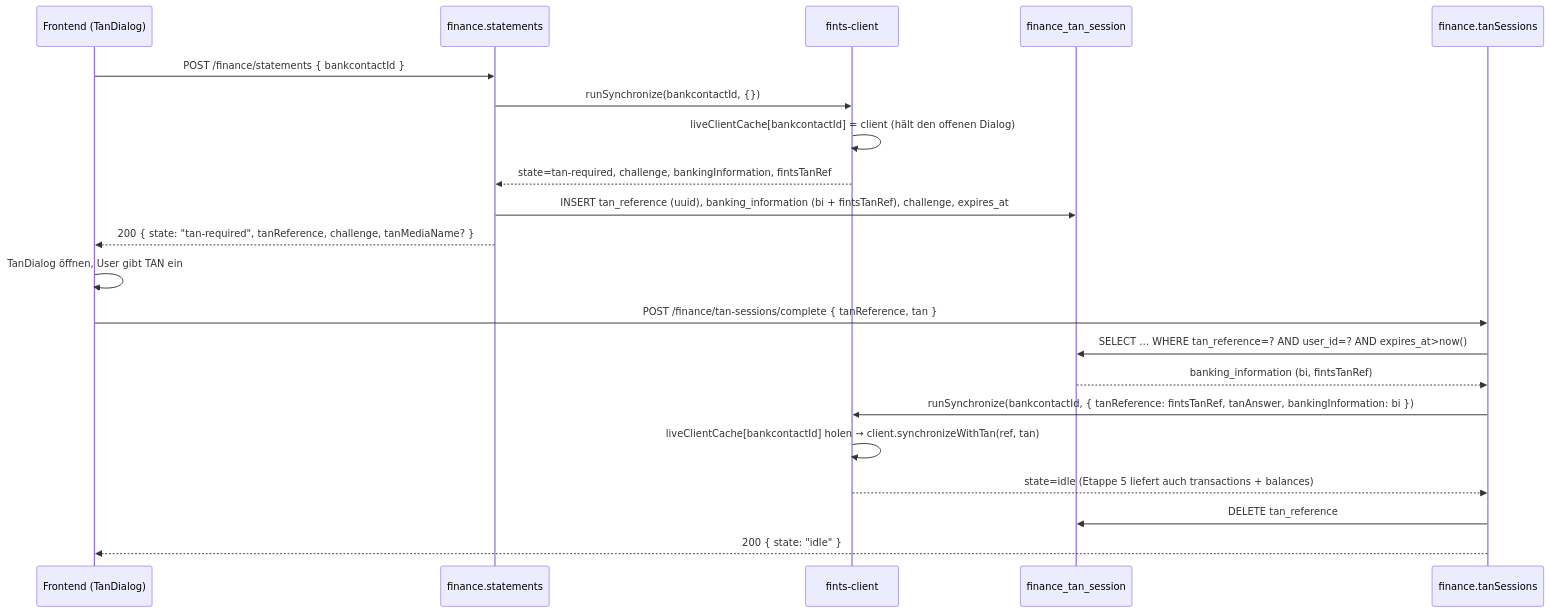
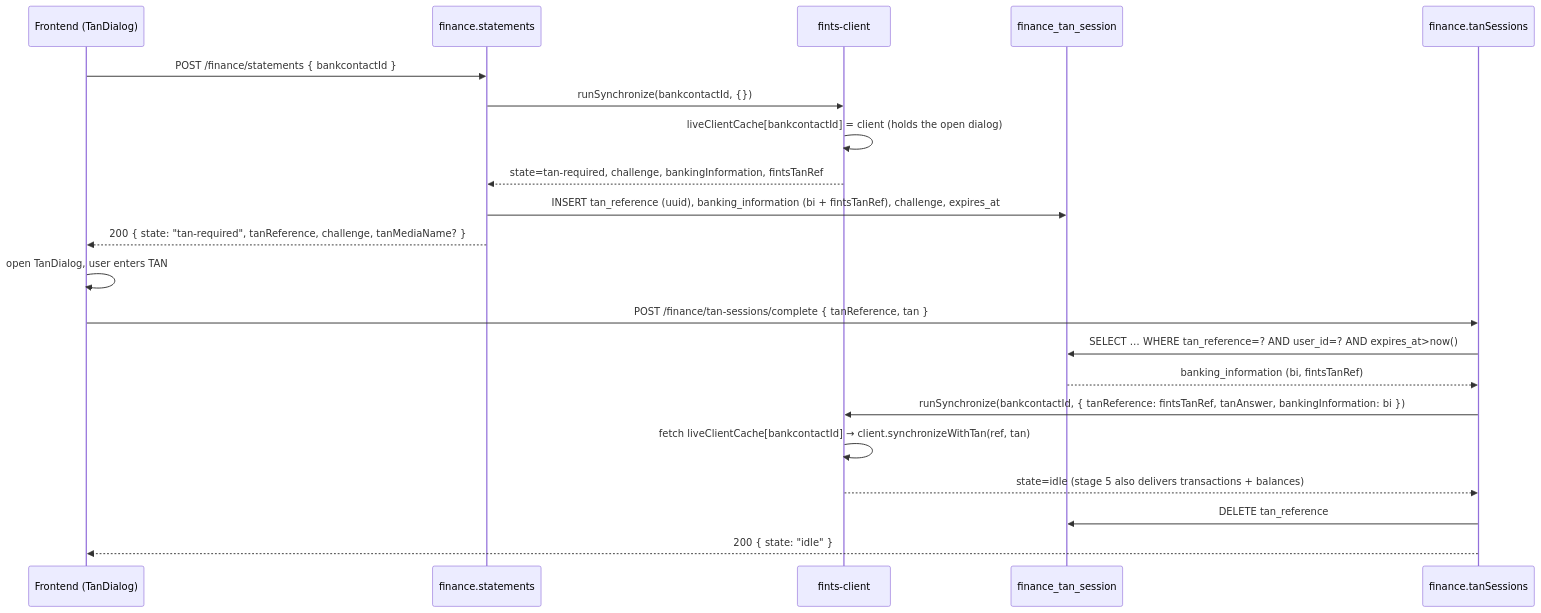
One commit to as19git67/fk-encore changed the first of 2 diagrams in documentation/finance-fints-integration.md. Above: the diagram before and after it, drawn with Mermaid. The commit also changed other lines of this file and 35 other files, not shown here.

````diff
--- a/documentation/finance-fints-integration.md
+++ b/documentation/finance-fints-integration.md
@@ -261,24 +261,24 @@
 ```mermaid
 sequenceDiagram
   participant UI as Frontend (TanDialog)
   participant API as finance.statements
   participant FC as fints-client
   participant DB as finance_tan_session
   participant TAN as finance.tanSessions
 
   UI->>API: POST /finance/statements { bankcontactId }
   API->>FC: runSynchronize(bankcontactId, {})
-  FC->>FC: liveClientCache[bankcontactId] = client (hält den offenen Dialog)
+  FC->>FC: liveClientCache[bankcontactId] = client (holds the open dialog)
   FC-->>API: state=tan-required, challenge, bankingInformation, fintsTanRef
   API->>DB: INSERT tan_reference (uuid), banking_information (bi + fintsTanRef), challenge, expires_at
   API-->>UI: 200 { state: "tan-required", tanReference, challenge, tanMediaName? }
-  UI->>UI: TanDialog öffnen, User gibt TAN ein
+  UI->>UI: open TanDialog, user enters TAN
   UI->>TAN: POST /finance/tan-sessions/complete { tanReference, tan }
   TAN->>DB: SELECT … WHERE tan_reference=? AND user_id=? AND expires_at>now()
   DB-->>TAN: banking_information (bi, fintsTanRef)
   TAN->>FC: runSynchronize(bankcontactId, { tanReference: fintsTanRef, tanAnswer, bankingInformation: bi })
-  FC->>FC: liveClientCache[bankcontactId] holen → client.synchronizeWithTan(ref, tan)
-  FC-->>TAN: state=idle  (Etappe 5 liefert auch transactions + balances)
+  FC->>FC: fetch liveClientCache[bankcontactId] → client.synchronizeWithTan(ref, tan)
+  FC-->>TAN: state=idle  (stage 5 also delivers transactions + balances)
   TAN->>DB: DELETE tan_reference
   TAN-->>UI: 200 { state: "idle" }
 ```
````
